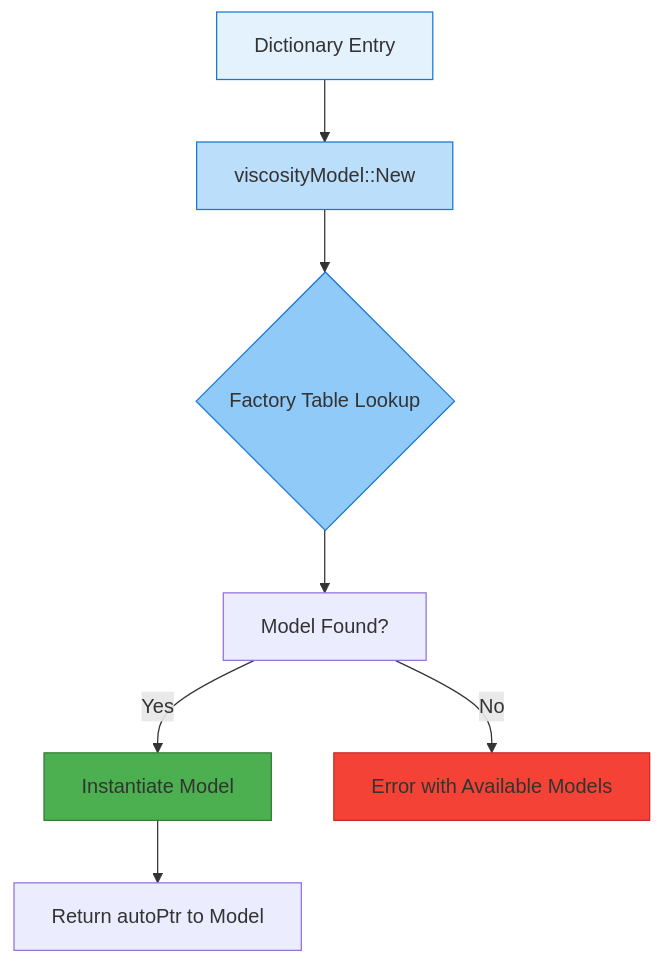
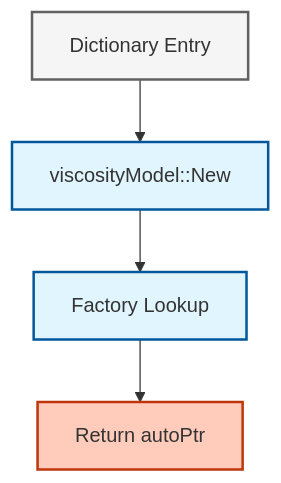
Before and after one commit to wramet/build-my-cfd: the first of 3 diagrams in MODULE_06_ADVANCED_PHYSICS/CONTENT/04_NON_NEWTONIAN_FLUIDS/04_Numerical_Implementation.md, drawn with Mermaid. The commit also changed other lines of this file and 313 other files, not shown here.

Commit message:
Revise all diagram

````diff
--- a/MODULE_06_ADVANCED_PHYSICS/CONTENT/04_NON_NEWTONIAN_FLUIDS/04_Numerical_Implementation.md
+++ b/MODULE_06_ADVANCED_PHYSICS/CONTENT/04_NON_NEWTONIAN_FLUIDS/04_Numerical_Implementation.md
@@ -473,15 +473,13 @@
 ```mermaid
-flowchart TD
-    A[Dictionary Entry] --> B[viscosityModel::New]
-    B --> C{Factory Table Lookup}
-    C --> D[Model Found?]
-    D -->|Yes| E[Instantiate Model]
-    D -->|No| F[Error with Available Models]
-    E --> G[Return autoPtr to Model]
-
-    style A fill:#e3f2fd,stroke:#1976d2
-    style B fill:#bbdefb,stroke:#1976d2
-    style C fill:#90caf9,stroke:#1976d2
-    style E fill:#4caf50,stroke:#2e7d32
-    style F fill:#f44336,stroke:#c62828
+graph TD
+    classDef implicit fill:#e1f5fe,stroke:#01579b,stroke-width:2px
+    classDef explicit fill:#ffccbc,stroke:#bf360c,stroke-width:2px
+    classDef context fill:#f5f5f5,stroke:#616161,stroke-width:2px
+    
+    Entry["Dictionary Entry"]:::context
+    Selector["viscosityModel::New"]:::implicit
+    Factory["Factory Lookup"]:::implicit
+    Result["Return autoPtr"]:::explicit
+    
+    Entry --> Selector --> Factory --> Result
 ```
````
